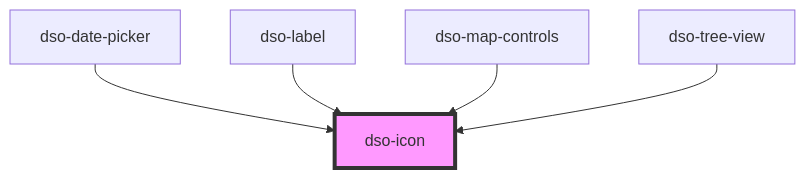
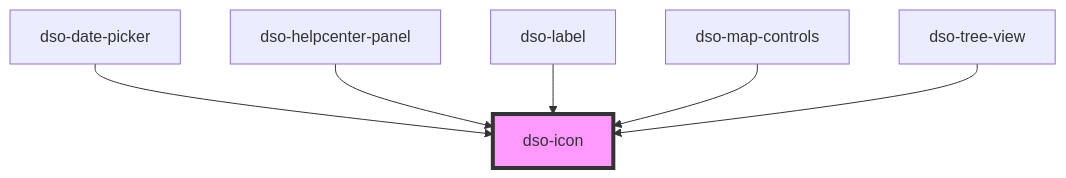
The diagram in packages/core/src/components/icon/readme.md (dso-toolkit/dso-toolkit), drawn with Mermaid before and after one commit. The commit also changed other lines of this file and 3 other files, not shown here.

First line of the commit message:
#1376.Helpcenter panel

````diff
--- a/packages/core/src/components/icon/readme.md
+++ b/packages/core/src/components/icon/readme.md
@@ -25,8 +26,9 @@
 ```mermaid
 graph TD;
   dso-date-picker --> dso-icon
+  dso-helpcenter-panel --> dso-icon
   dso-label --> dso-icon
   dso-map-controls --> dso-icon
   dso-tree-view --> dso-icon
   style dso-icon fill:#f9f,stroke:#333,stroke-width:4px
 ```
````
